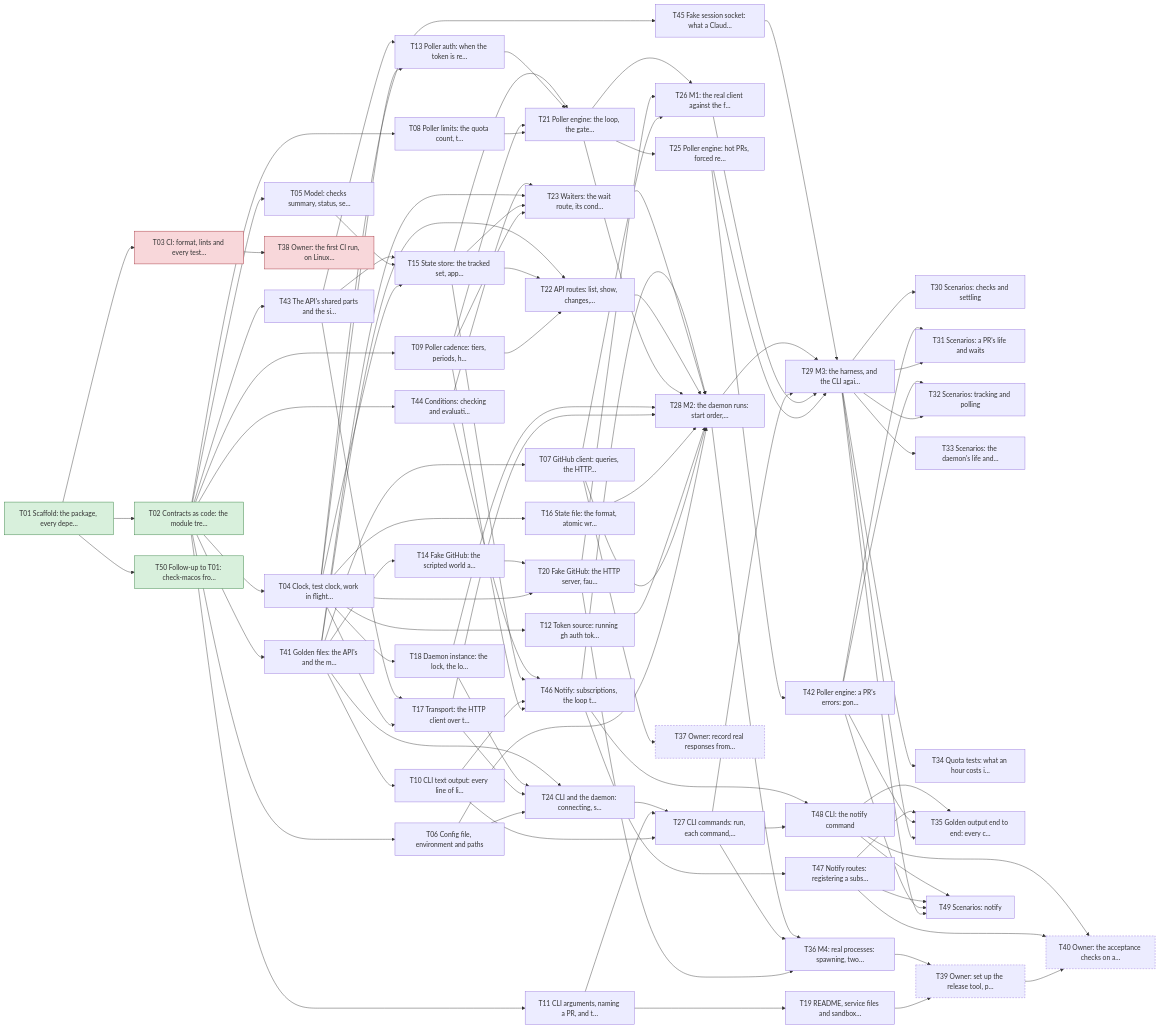
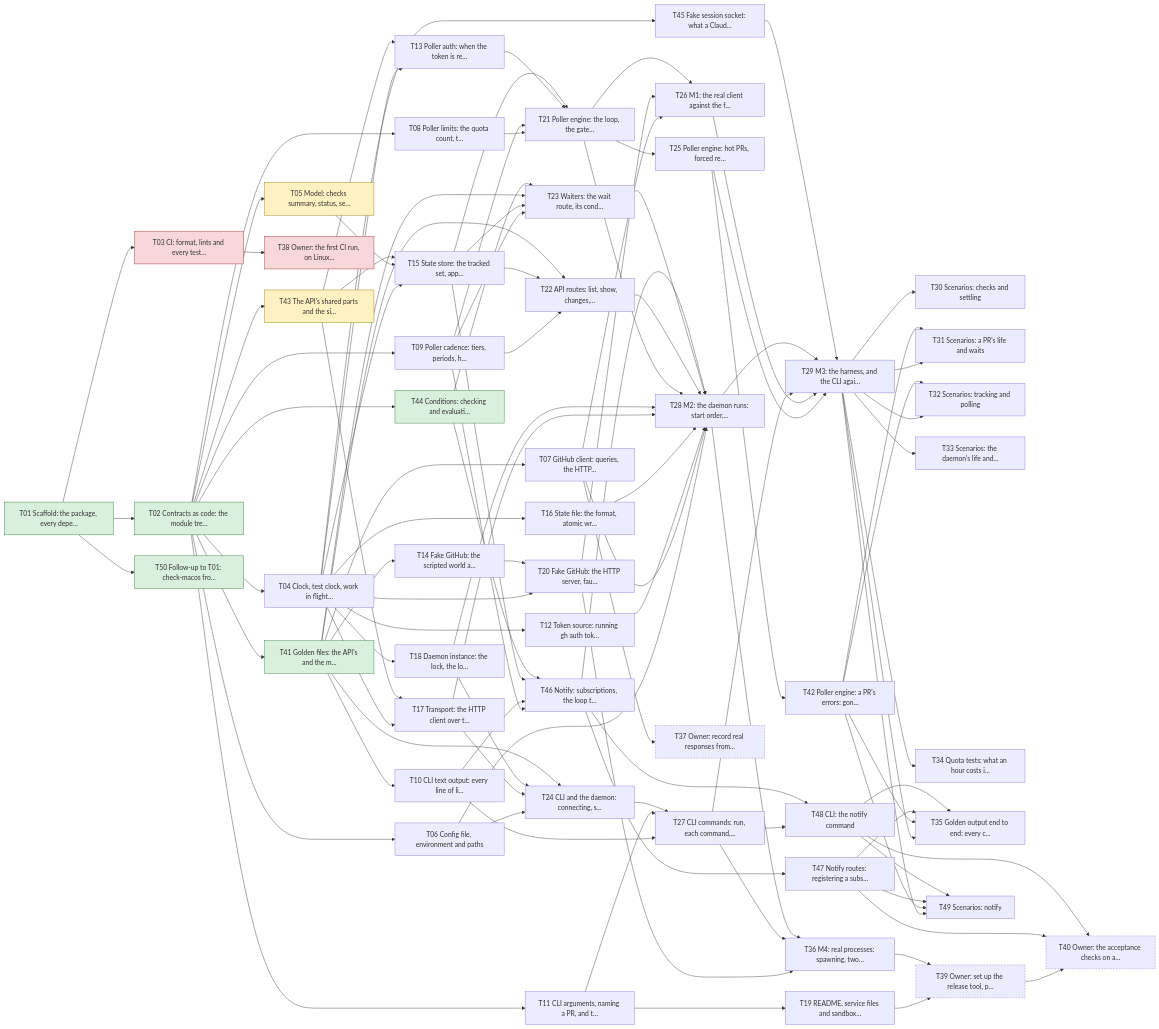
The diagram in plan/README.md (yachiko/circitor), drawn with Mermaid before and after one commit. The commit also changed other lines of this file and 5 other files, not shown here.

```diff
--- a/plan/README.md
+++ b/plan/README.md
@@ -141,7 +141,7 @@
   T02["T02 Contracts as code: the module tre…"]:::done
   T03["T03 CI: format, lints and every test…"]:::blocked
   T04["T04 Clock, test clock, work in flight…"]
-  T05["T05 Model: checks summary, status, se…"]
+  T05["T05 Model: checks summary, status, se…"]:::active
   T06["T06 Config file, environment and paths"]
   T07["T07 GitHub client: queries, the HTTP…"]
   T08["T08 Poller limits: the quota count, t…"]
@@ -177,10 +177,10 @@
   T38["T38 Owner: the first CI run, on Linux…"]:::blocked
   T39["T39 Owner: set up the release tool, p…"]:::manual
   T40["T40 Owner: the acceptance checks on a…"]:::manual
-  T41["T41 Golden files: the API's and the m…"]
+  T41["T41 Golden files: the API's and the m…"]:::done
   T42["T42 Poller engine: a PR's errors: gon…"]
-  T43["T43 The API's shared parts and the si…"]
-  T44["T44 Conditions: checking and evaluati…"]
+  T43["T43 The API's shared parts and the si…"]:::active
+  T44["T44 Conditions: checking and evaluati…"]:::done
   T45["T45 Fake session socket: what a Claud…"]
   T46["T46 Notify: subscriptions, the loop t…"]
   T47["T47 Notify routes: registering a subs…"]
```
